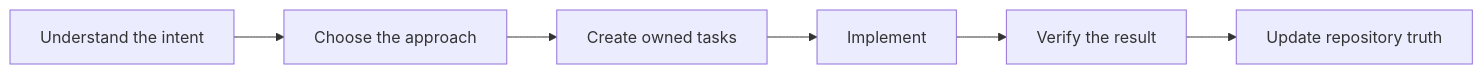
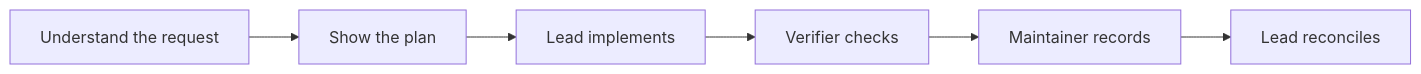
One commit to laikrodiz/lean-sdlc changed the diagram in README.md. Above: the diagram before and after it, drawn with Mermaid. The commit also changed other lines of this file and 41 other files, not shown here.

Commit message:
Release 1.28.0: one Lead-owned workflow

````diff
--- a/README.md
+++ b/README.md
@@ -18,8 +18,8 @@
-```mermaid
+~~~mermaid
 flowchart LR
-    A[Understand the intent] --> B[Choose the approach]
-    B --> C[Create owned tasks]
-    C --> D[Implement]
-    D --> E[Verify the result]
-    E --> F[Update repository truth]
-```
+    A[Understand the request] --> B[Show the plan]
+    B --> C[Lead implements]
+    C --> D[Verifier checks]
+    D --> E[Maintainer records]
+    E --> F[Lead reconciles]
+~~~
````
